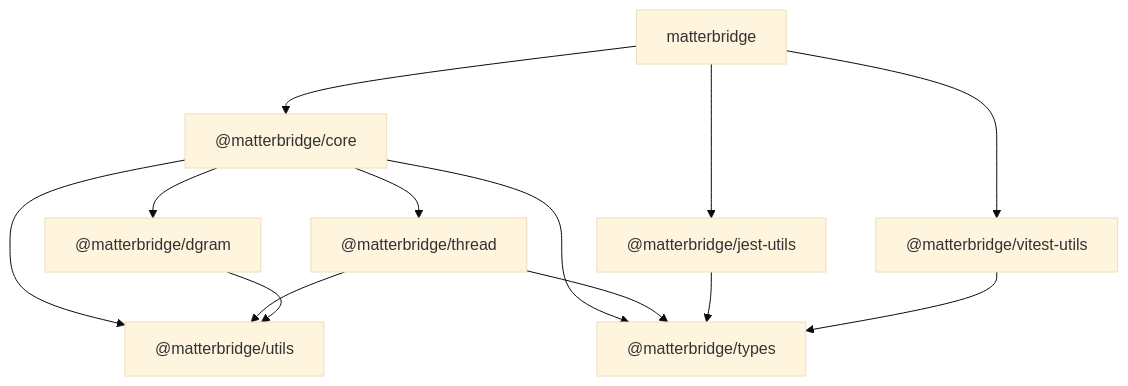
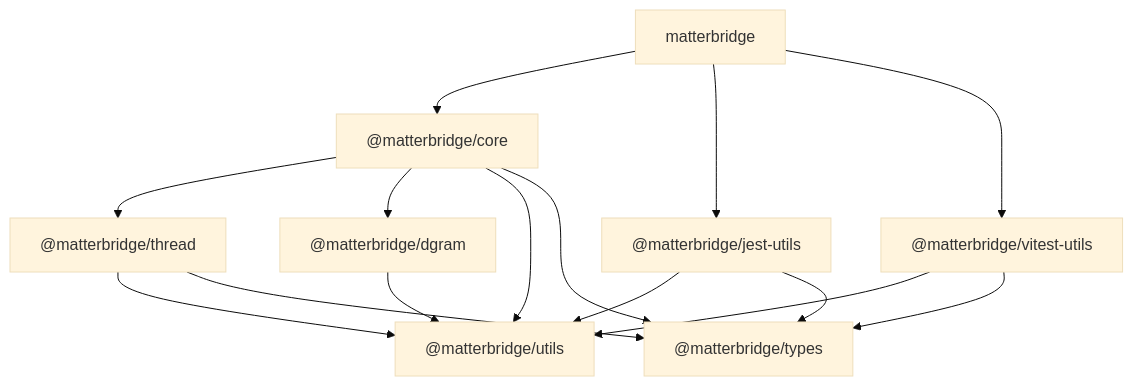
Before and after one commit to Luligu/matterbridge: the diagram in README.md, drawn with Mermaid (base theme). The commit also changed other lines of this file and 499 other files, not shown here.

````diff
--- a/README.md
+++ b/README.md
@@ -790,26 +792,28 @@
 ```mermaid
 graph TD
   matterbridge["matterbridge"]
   core["@matterbridge/core"]
   thread["@matterbridge/thread"]
   dgram["@matterbridge/dgram"]
   utils["@matterbridge/utils"]
   types["@matterbridge/types"]
   jestutils["@matterbridge/jest-utils"]
   vitestutils["@matterbridge/vitest-utils"]
 
   matterbridge --> core
   matterbridge --> jestutils
   matterbridge --> vitestutils
 
   core --> thread
   core --> dgram
   core --> utils
   core --> types
 
   thread --> utils
   thread --> types
   dgram --> utils
+  jestutils --> utils
   jestutils --> types
+  vitestutils --> utils
   vitestutils --> types
 ```
````
